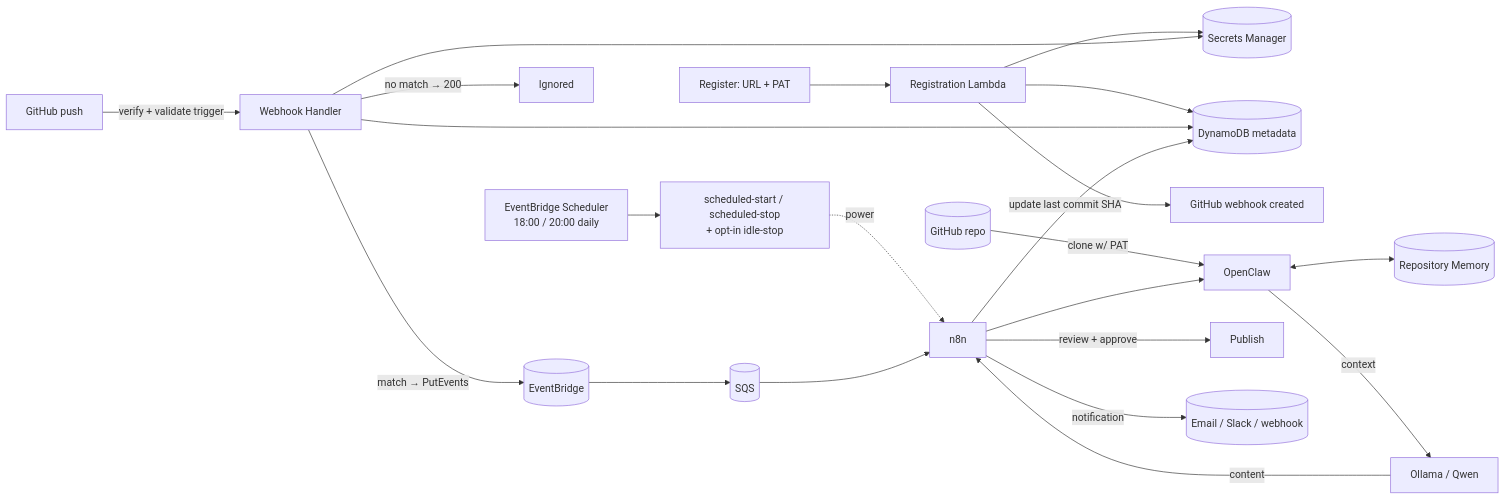
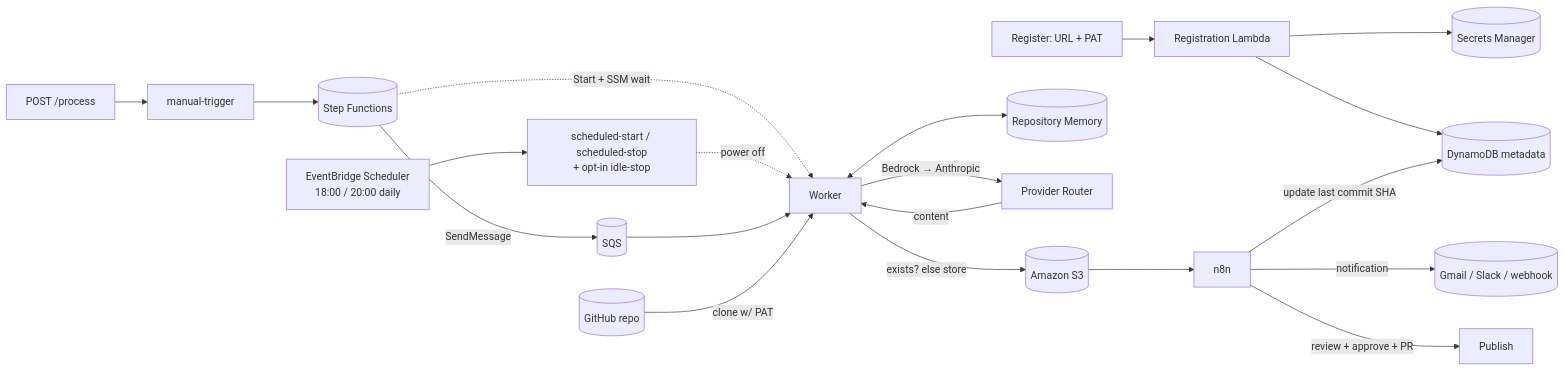
The eighth of 8 diagrams in docs/architecture.md (teddynted/ai-github-repository-blog-generator), drawn with Mermaid before and after one commit. The commit also changed other lines of this file, not shown here.

First line of the commit message:
docs(architecture): rewrite for /process → Step Functions → Provider Router (Stage D)

````diff
--- a/docs/architecture.md
+++ b/docs/architecture.md
@@ -292,25 +300,23 @@
 ```mermaid
 flowchart LR
     REG[Register: URL + PAT] --> RL[Registration Lambda]
     RL --> SM[(Secrets Manager)]
     RL --> DDB[(DynamoDB metadata)]
-    RL --> HOOK[GitHub webhook created]
 
-    EVT[GitHub push] -->|verify + validate trigger| LH[Webhook Handler]
-    LH --> DDB
-    LH --> SM
-    LH -->|match → PutEvents| EB[(EventBridge)]
-    LH -->|no match → 200| STOP[Ignored]
-    EB --> SQS[(SQS)]
+    CAL[POST /process] --> LT[manual-trigger]
+    LT --> SFN[(Step Functions)]
+    SFN -->|SendMessage| SQS[(SQS)]
     SCH[EventBridge Scheduler<br/>18:00 / 20:00 daily] --> PWR[scheduled-start / scheduled-stop<br/>+ opt-in idle-stop]
-    PWR -.->|power| N8N
-    SQS --> N8N[n8n]
-    GH[(GitHub repo)] -->|clone w/ PAT| OC[OpenClaw]
-    N8N --> OC
-    OC <--> MEM[(Repository Memory)]
-    OC -->|context| OL[Ollama / Qwen]
-    OL -->|content| N8N
-    N8N -->|review + approve| PUB[Publish]
+    SFN -.->|Start + SSM wait| WK
+    PWR -.->|power off| WK
+    SQS --> WK[Worker]
+    GH[(GitHub repo)] -->|clone w/ PAT| WK
+    WK <--> MEM[(Repository Memory)]
+    WK -->|Bedrock → Anthropic| RTR[Provider Router]
+    RTR -->|content| WK
+    WK -->|exists? else store| S3[(Amazon S3)]
+    S3 --> N8N[n8n]
+    N8N -->|review + approve + PR| PUB[Publish]
     N8N -->|update last commit SHA| DDB
-    N8N -->|notification| NOTIF[(Email / Slack / webhook)]
+    N8N -->|notification| NOTIF[(Gmail / Slack / webhook)]
 ```
````
